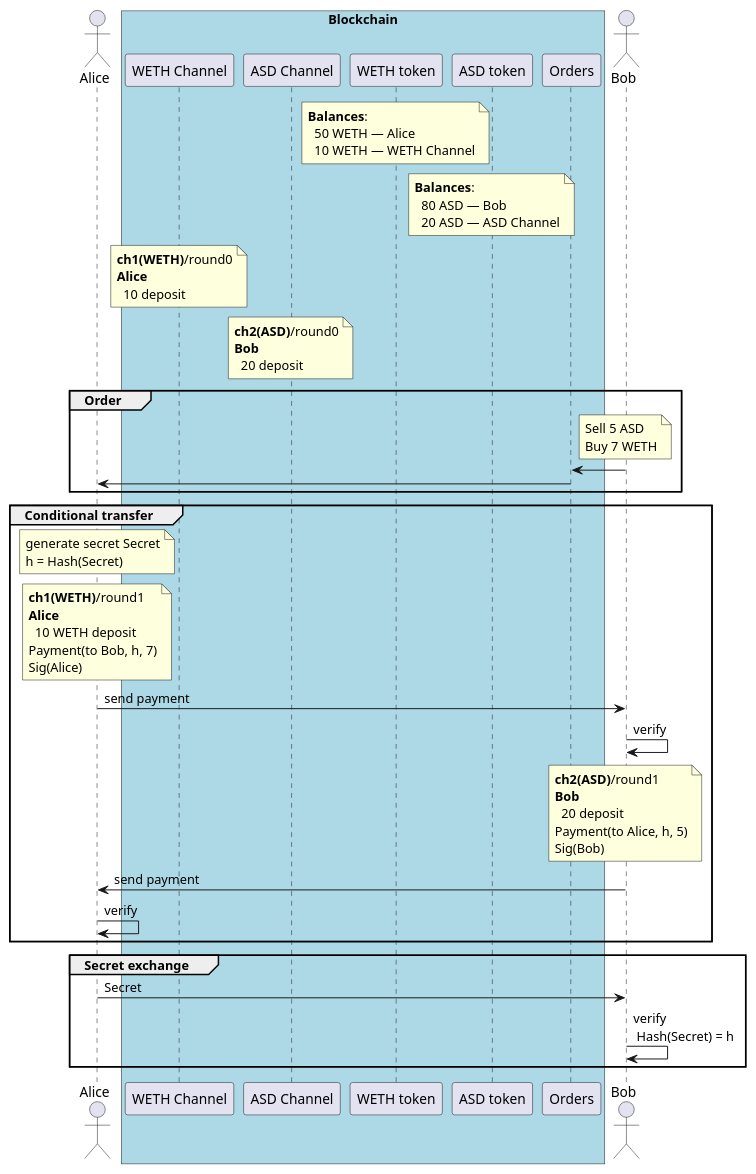
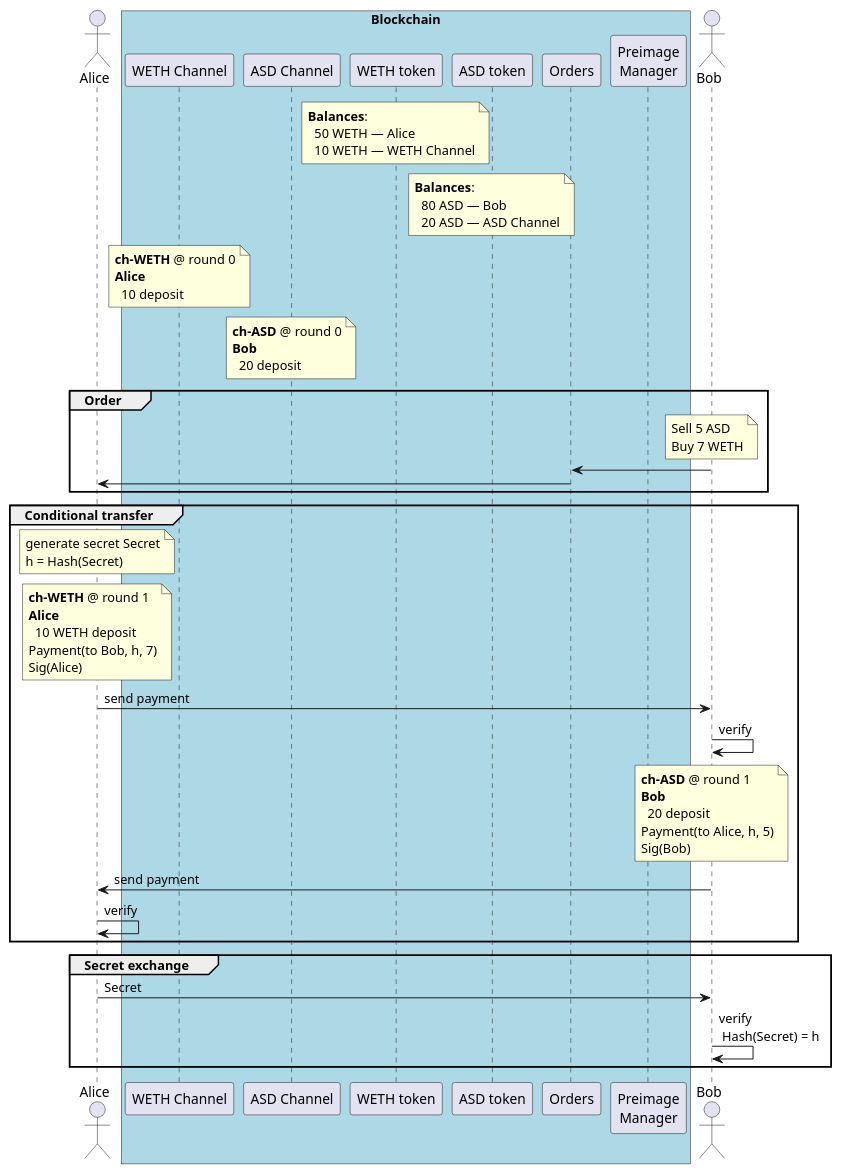
The diagram in src/state_channel/two-party-sprites-swap-setup.iuml (enumatech/cljs-abi-viewer), drawn with PlantUML before and after one commit. The commit also changed 1 other file, not shown here.

```diff
--- a/src/state_channel/two-party-sprites-swap-setup.iuml
+++ b/src/state_channel/two-party-sprites-swap-setup.iuml
@@ -1,41 +1,42 @@
 @startuml
 actor Alice as A
 
 box "Blockchain" #lightblue
     participant "WETH Channel" as wethch
     participant "ASD Channel" as asdch
     participant "WETH token" as weth
     participant "ASD token" as asd
     participant "Orders" as O
+    participant "Preimage\nManager" as pm
     end box
 
 actor Bob as B
 
 note over weth: **Balances**:\n  50 WETH — Alice\n  10 WETH — WETH Channel
 note over asd: **Balances**:\n  80 ASD — Bob\n  20 ASD — ASD Channel
 
-note over wethch: **ch1(WETH)**/round0\n**Alice**\n  10 deposit
-note over asdch: **ch2(ASD)**/round0\n**Bob**\n  20 deposit
+note over wethch: **ch-WETH** @ round 0\n**Alice**\n  10 deposit
+note over asdch: **ch-ASD** @ round 0\n**Bob**\n  20 deposit
 
 group Order
     note over B: Sell 5 ASD\nBuy 7 WETH
     B -> O:
     O -> A:
 end
 
 group Conditional transfer
     note over A: generate secret Secret\nh = Hash(Secret)
-    note over A: **ch1(WETH)**/round1\n**Alice**\n  10 WETH deposit\nPayment(to Bob, h, 7)\nSig(Alice)
+    note over A: **ch-WETH** @ round 1\n**Alice**\n  10 WETH deposit\nPayment(to Bob, h, 7)\nSig(Alice)
     A -> B: send payment
     B -> B: verify
-    note over B: **ch2(ASD)**/round1\n**Bob**\n  20 deposit\nPayment(to Alice, h, 5)\nSig(Bob)
+    note over B: **ch-ASD** @ round 1\n**Bob**\n  20 deposit\nPayment(to Alice, h, 5)\nSig(Bob)
     B -> A: send payment
     A -> A: verify
 end
 
 group Secret exchange
  A -> B: Secret
  B -> B: verify \n Hash(Secret) = h
 end
 
 @enduml
```
